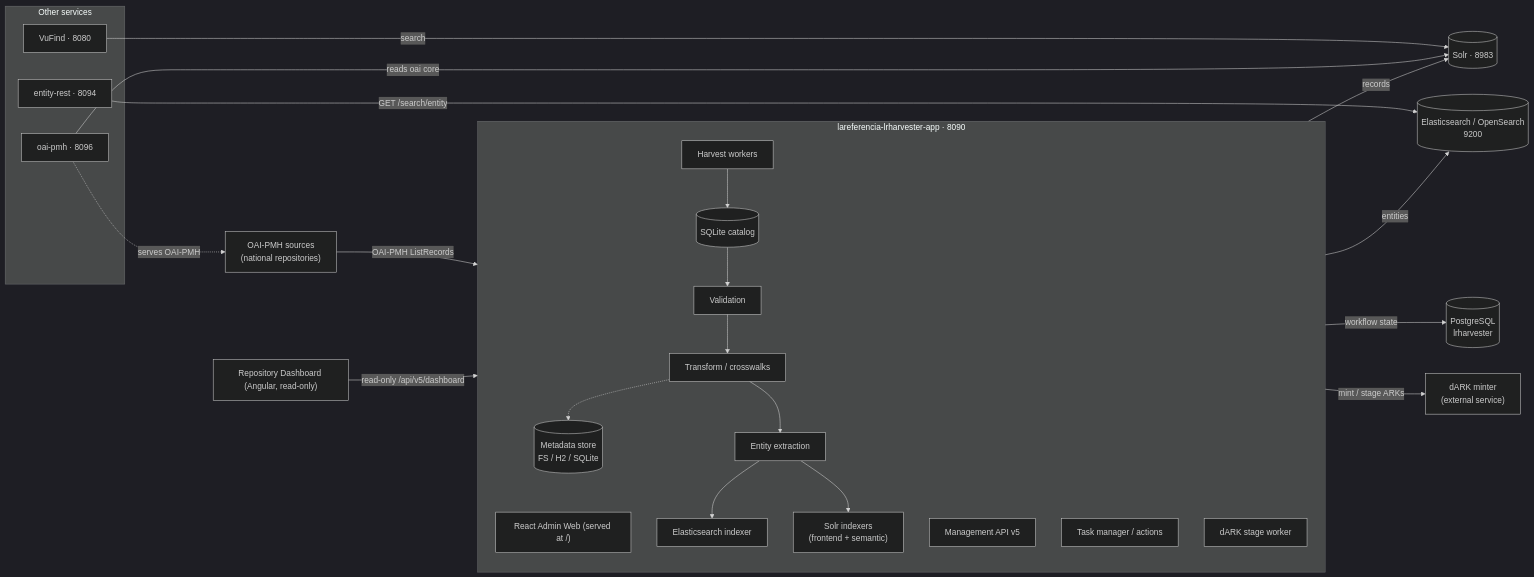
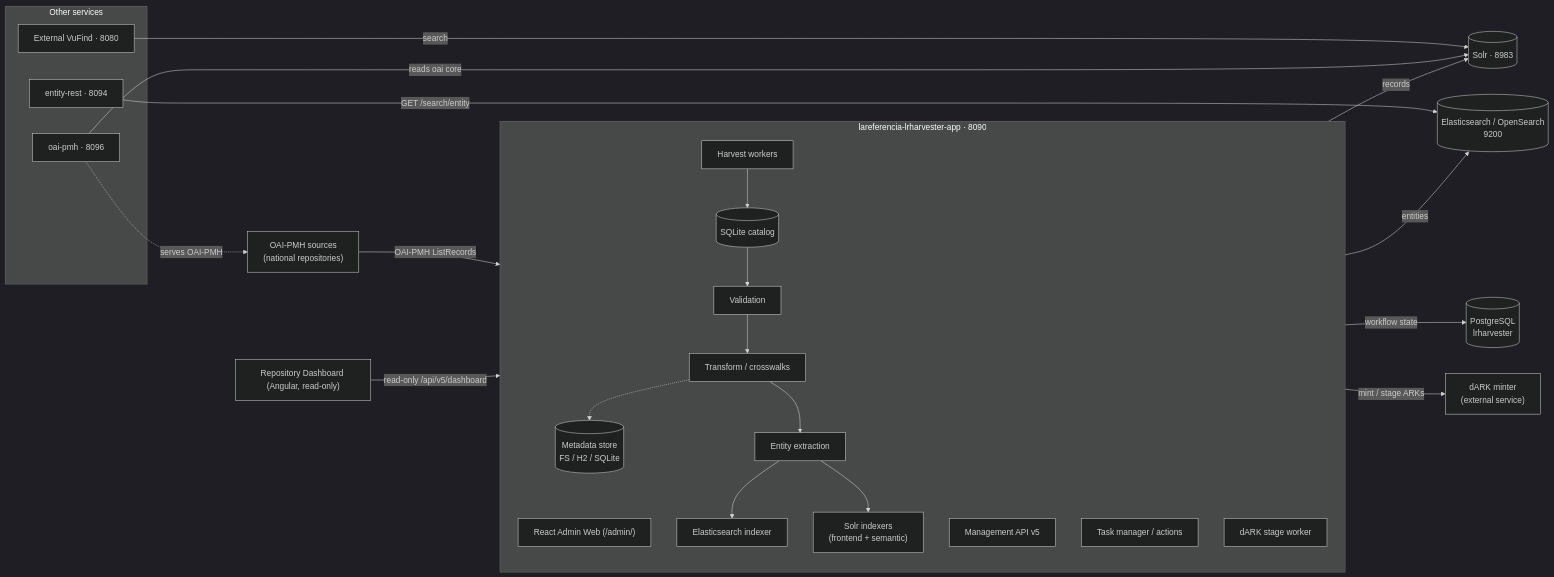
Before and after one commit to lareferencia/lareferencia-platform: the diagram in docs/ARCHITECTURE.md, drawn with Mermaid (dark theme). The commit also changed other lines of this file and 12 other files, not shown here.

Commit message:
Review rc4 installation, architecture, export and publication documentation

````diff
--- a/docs/ARCHITECTURE.md
+++ b/docs/ARCHITECTURE.md
@@ -13,42 +13,42 @@
 ```mermaid
 flowchart LR
     SRC["OAI-PMH sources<br/>(national repositories)"]
 
     subgraph HARV["lareferencia-lrharvester-app · 8090"]
         direction TB
-        AW["React Admin Web (served at /)"]
+        AW["React Admin Web (/admin/)"]
         V5["Management API v5"]
         TM["Task manager / actions"]
         HW["Harvest workers"] --> CAT[("SQLite catalog")]
         CAT --> VAL["Validation"] --> CW["Transform / crosswalks"]
         CW -.-> MST[("Metadata store<br/>FS / H2 / SQLite")]
         CW --> EE["Entity extraction"]
         EE --> ESI["Elasticsearch indexer"]
         EE --> SOI["Solr indexers<br/>(frontend + semantic)"]
         STG["dARK stage worker"]
     end
 
     PG[("PostgreSQL<br/>lrharvester")]
     ES[("Elasticsearch / OpenSearch<br/>9200")]
     SOLR[("Solr · 8983")]
     DARK["dARK minter<br/>(external service)"]
 
     subgraph CONS["Other services"]
-        VUF["VuFind · 8080"]
+        VUF["External VuFind · 8080"]
         ENT["entity-rest · 8094"]
         OAIP["oai-pmh · 8096"]
     end
 
     RDB["Repository Dashboard (Angular, read-only)"]
 
     SRC -->|"OAI-PMH ListRecords"| HW
     ESI -->|"entities"| ES
     SOI -->|"records"| SOLR
     TM -->|"workflow state"| PG
     STG -->|"mint / stage ARKs"| DARK
     VUF -->|"search"| SOLR
     ENT -->|"GET /search/entity"| ES
     RDB -->|"read-only /api/v5/dashboard"| V5
     OAIP -->|"reads oai core"| SOLR
     OAIP -.->|"serves OAI-PMH"| SRC
 ```
````
